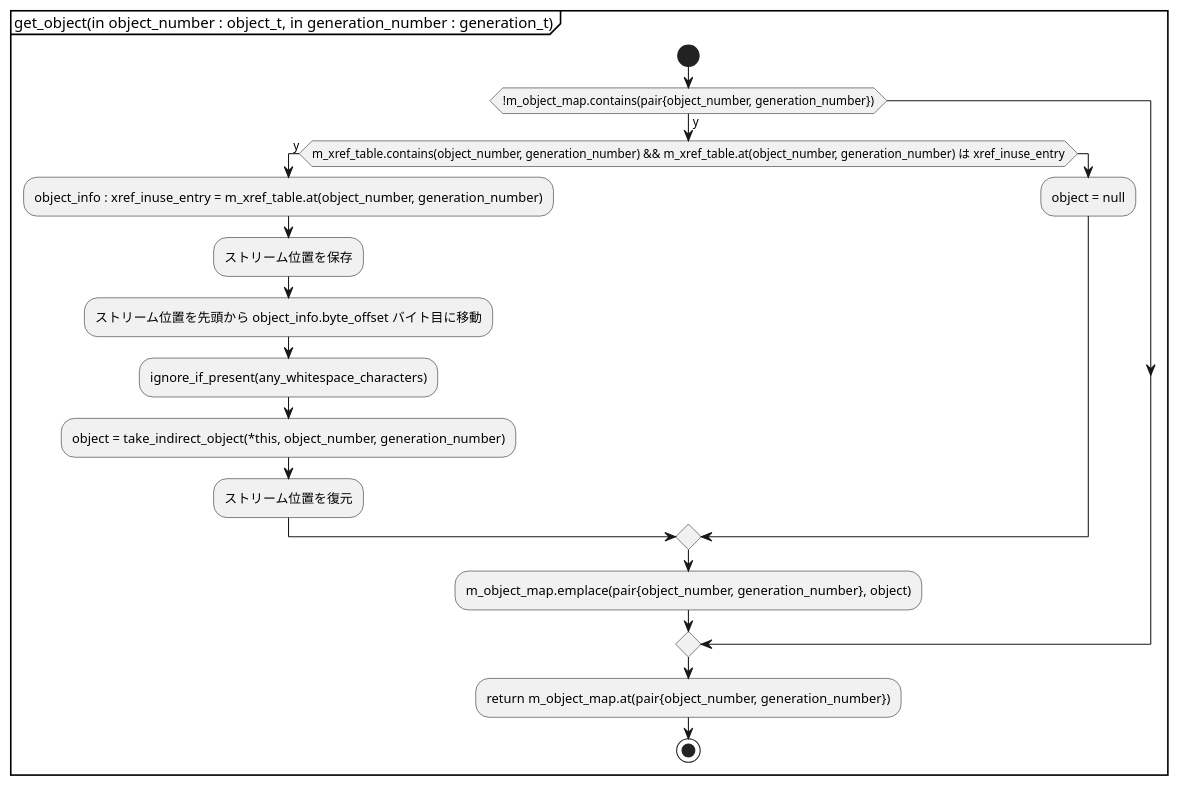
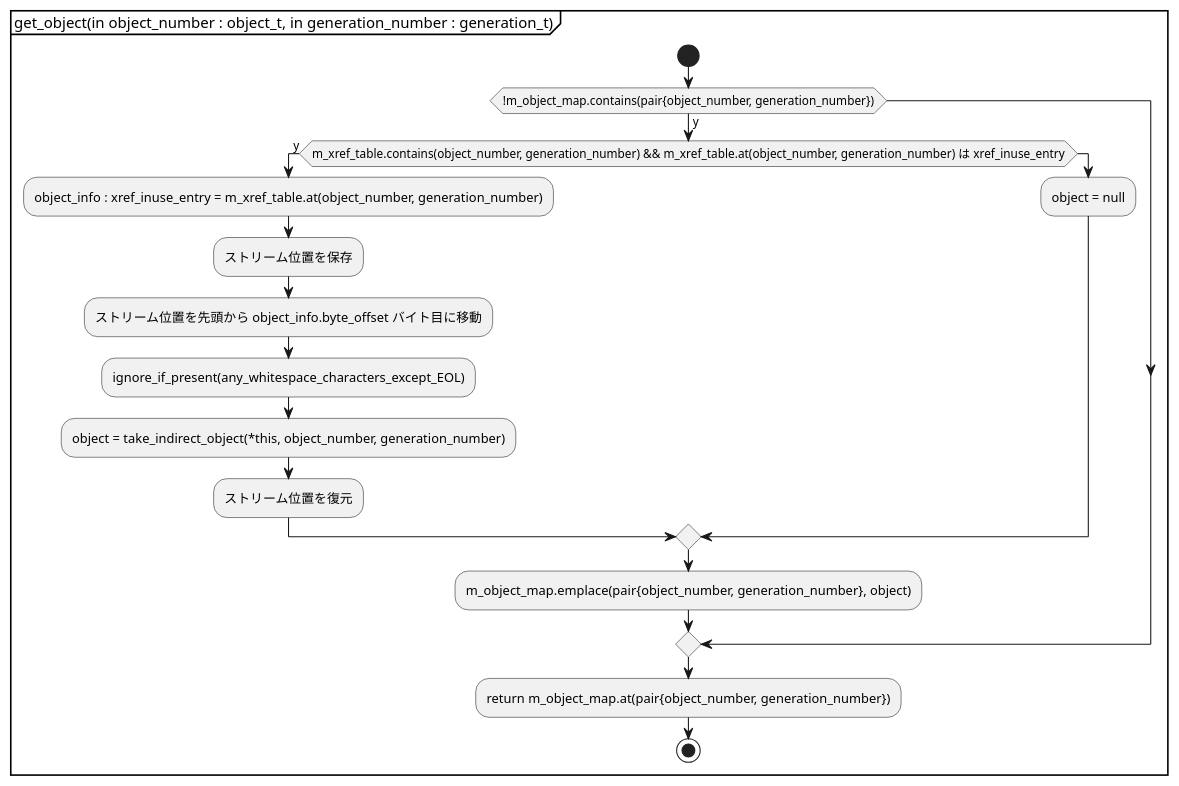
Before and after one commit to KodaiYM/PDFReader: the fourth of 4 diagrams in document/object_pool.activity.pu, drawn with PlantUML. The commit also changed 4 other files, not shown here.

```diff
--- a/document/object_pool.activity.pu
+++ b/document/object_pool.activity.pu
@@ -30,21 +30,21 @@
 @startuml get_object
 partition "get_object(in object_number : object_t, in generation_number : generation_t)" {
 start
 	if (!m_object_map.contains(pair{object_number, generation_number})) then (y)
 		if (m_xref_table.contains(object_number, generation_number) && m_xref_table.at(object_number, generation_number) は xref_inuse_entry) then (y)
 			:object_info : xref_inuse_entry = m_xref_table.at(object_number, generation_number);
 			:ストリーム位置を保存;
 			:ストリーム位置を先頭から object_info.byte_offset バイト目に移動;
-			:ignore_if_present(any_whitespace_characters);
+			:ignore_if_present(any_whitespace_characters_except_EOL);
 			:object = take_indirect_object(*this, object_number, generation_number);
 			:ストリーム位置を復元;
 		else
 			:object = null;
 		endif
 		:m_object_map.emplace(pair{object_number, generation_number}, object);
 	endif
 
 	:return m_object_map.at(pair{object_number, generation_number});
 stop
 }
 @enduml
```
